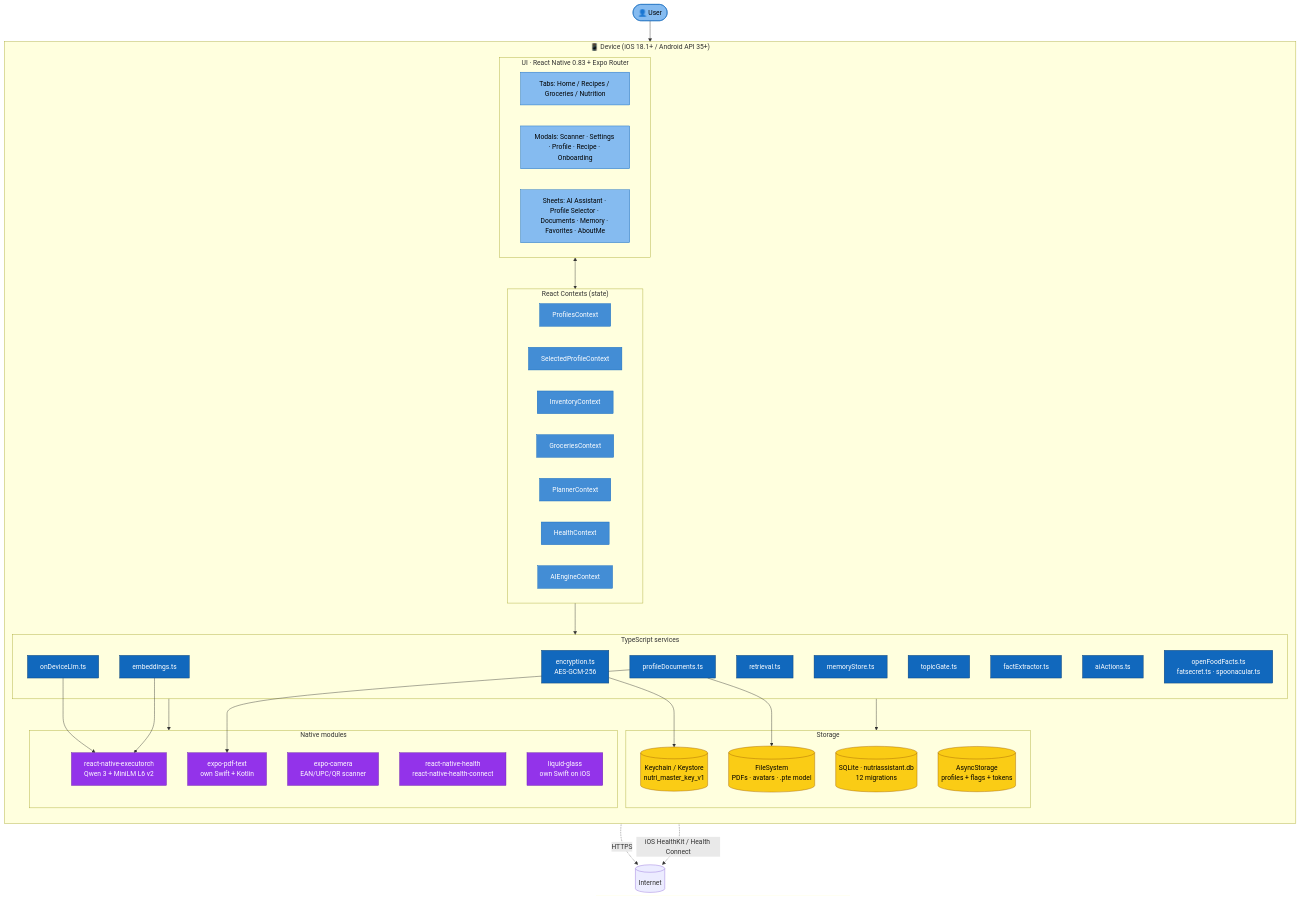
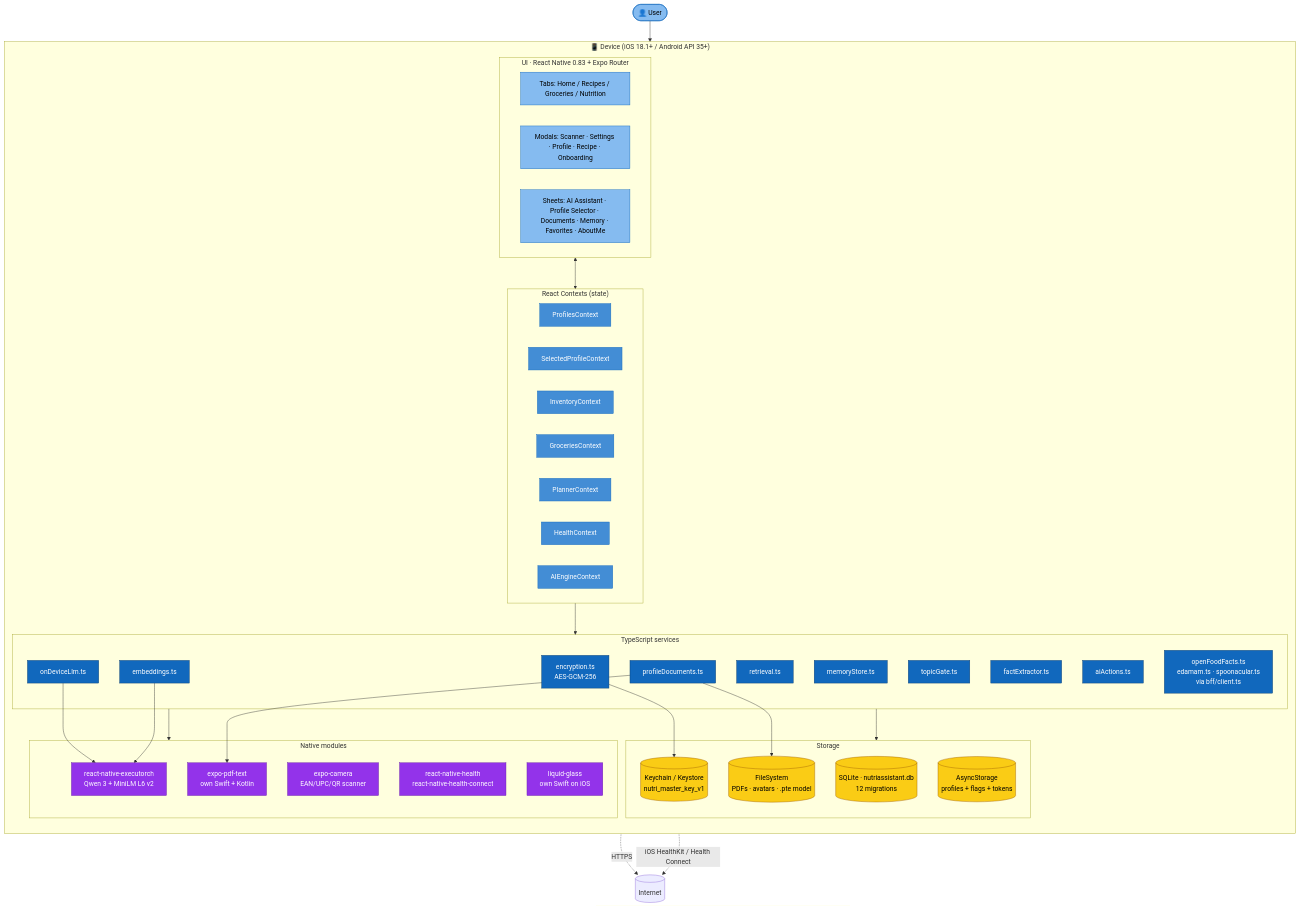
Before and after one commit to antonionc/nutrIAssistant: the second of 24 diagrams in docs/data-architecture/11-diagrams.md, drawn with Mermaid. The commit also changed other lines of this file and 18 other files, not shown here.

First line of the commit message:
Code review pass: extract shared BFF client, sweep docs, add tests

````diff
--- a/docs/data-architecture/11-diagrams.md
+++ b/docs/data-architecture/11-diagrams.md
@@ -65,72 +65,72 @@
 ```mermaid
 flowchart TB
     classDef ui fill:#85bbf0,stroke:#1168bd,color:#000
     classDef ctx fill:#438dd5,stroke:#1168bd,color:#fff
     classDef svc fill:#1168bd,stroke:#073b6f,color:#fff
     classDef store fill:#facc15,stroke:#a16207,color:#000
     classDef native fill:#9333ea,stroke:#6b21a8,color:#fff
 
     U([👤 User]):::ui
 
     subgraph Device["📱 Device (iOS 18.1+ / Android API 35+)"]
         direction TB
 
         subgraph UI["UI · React Native 0.83 + Expo Router"]
             Tabs[Tabs: Home / Recipes / Groceries / Nutrition]:::ui
             Modals[Modals: Scanner · Settings · Profile · Recipe · Onboarding]:::ui
             Sheets[Sheets: AI Assistant · Profile Selector · Documents · Memory · Favorites · AboutMe]:::ui
         end
 
         subgraph Contexts["React Contexts (state)"]
             P[ProfilesContext]:::ctx
             SP_[SelectedProfileContext]:::ctx
             I[InventoryContext]:::ctx
             G[GroceriesContext]:::ctx
             Pl[PlannerContext]:::ctx
             H[HealthContext]:::ctx
             AI[AIEngineContext]:::ctx
         end
 
         subgraph Services["TypeScript services"]
             Enc[encryption.ts<br/>AES-GCM-256]:::svc
             LLM[onDeviceLlm.ts]:::svc
             Emb[embeddings.ts]:::svc
             Ret[retrieval.ts]:::svc
             Mem[memoryStore.ts]:::svc
             TG[topicGate.ts]:::svc
             FX[factExtractor.ts]:::svc
             Act[aiActions.ts]:::svc
             PD[profileDocuments.ts]:::svc
-            Net[openFoodFacts.ts<br/>fatsecret.ts · spoonacular.ts]:::svc
+            Net[openFoodFacts.ts<br/>edamam.ts · spoonacular.ts<br/>via bff/client.ts]:::svc
         end
 
         subgraph Storage["Storage"]
             SQL[(SQLite · nutriassistant.db<br/>12 migrations)]:::store
             AS[(AsyncStorage<br/>profiles + flags + tokens)]:::store
             FSys[(FileSystem<br/>PDFs · avatars · .pte model)]:::store
             KCS[(Keychain / Keystore<br/>nutri_master_key_v1)]:::store
         end
 
         subgraph Native["Native modules"]
             Exe[react-native-executorch<br/>Qwen 3 + MiniLM L6 v2]:::native
             PdfNat[expo-pdf-text<br/>own Swift + Kotlin]:::native
             CamNat[expo-camera<br/>EAN/UPC/QR scanner]:::native
             HKNat[react-native-health<br/>react-native-health-connect]:::native
             GlassNat[liquid-glass<br/>own Swift on iOS]:::native
         end
     end
 
     U --> UI
     UI <--> Contexts
     Contexts --> Services
     Services --> Storage
     Services --> Native
 
     Enc --> KCS
     LLM --> Exe
     Emb --> Exe
     PD --> PdfNat
     PD --> FSys
     Net -. HTTPS .-> Cloud[(Internet)]
     HKNat -. iOS HealthKit / Health Connect .-> Cloud
 ```
````
